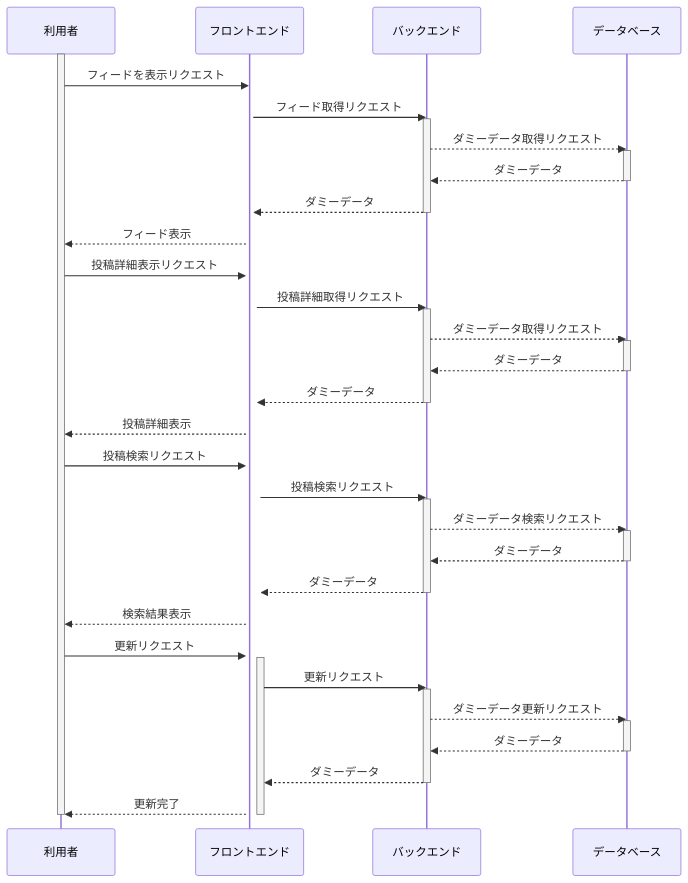
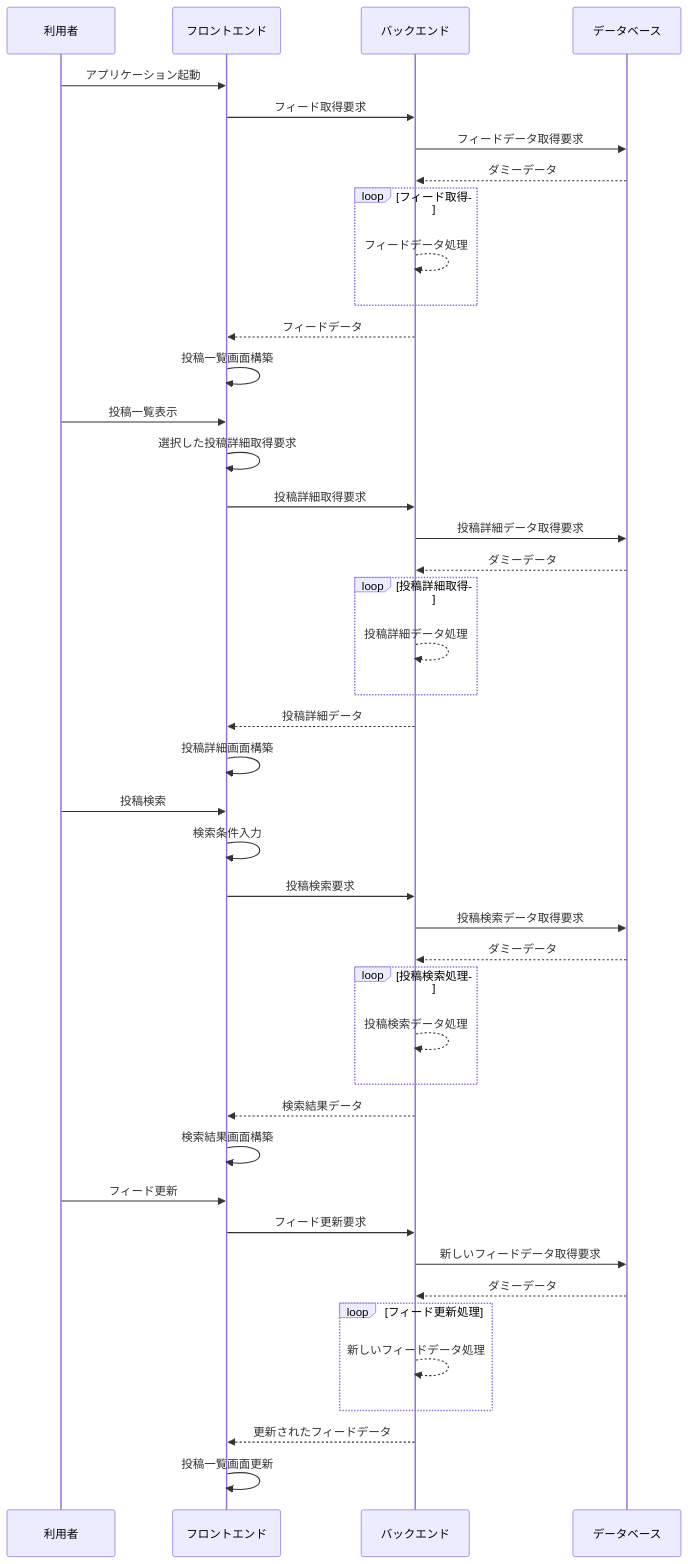
One commit to kurokawa5/kurokawa5 changed the diagram in README.md. Above: the diagram before and after it, drawn with Mermaid.

````diff
--- a/README.md
+++ b/README.md
@@ -10,59 +10,58 @@
 ```mermaid
 sequenceDiagram
     participant User as 利用者
     participant Frontend as フロントエンド
     participant Backend as バックエンド
     participant Database as データベース
 
-    activate User
-    User->>Frontend: フィードを表示リクエスト
-    activate Frontend
-    Frontend->>Backend: フィード取得リクエスト
-    activate Backend
-    Backend-->>Database: ダミーデータ取得リクエスト
-    activate Database
+    User->>Frontend: アプリケーション起動
+    Frontend->>Backend: フィード取得要求
+    Backend->>Database: フィードデータ取得要求
     Database-->>Backend: ダミーデータ
-    deactivate Database
-    Backend-->>Frontend: ダミーデータ
-    deactivate Backend
-    Frontend-->>User: フィード表示
 
-    User->>Frontend: 投稿詳細表示リクエスト
-    activate Frontend
-    Frontend->>Backend: 投稿詳細取得リクエスト
-    activate Backend
-    Backend-->>Database: ダミーデータ取得リクエスト
-    activate Database
+    loop フィード取得
+        Backend-->>Backend: フィードデータ処理
+    end
+
+    Backend-->>Frontend: フィードデータ
+    Frontend->>Frontend: 投稿一覧画面構築
+
+    User->>Frontend: 投稿一覧表示
+    Frontend->>Frontend: 選択した投稿詳細取得要求
+    Frontend->>Backend: 投稿詳細取得要求
+    Backend->>Database: 投稿詳細データ取得要求
     Database-->>Backend: ダミーデータ
-    deactivate Database
-    Backend-->>Frontend: ダミーデータ
-    deactivate Backend
-    Frontend-->>User: 投稿詳細表示
 
-    User->>Frontend: 投稿検索リクエスト
-    activate Frontend
-    Frontend->>Backend: 投稿検索リクエスト
-    activate Backend
-    Backend-->>Database: ダミーデータ検索リクエスト
-    activate Database
+    loop 投稿詳細取得
+        Backend-->>Backend: 投稿詳細データ処理
+    end
+
+    Backend-->>Frontend: 投稿詳細データ
+    Frontend->>Frontend: 投稿詳細画面構築
+
+    User->>Frontend: 投稿検索
+    Frontend->>Frontend: 検索条件入力
+    Frontend->>Backend: 投稿検索要求
+    Backend->>Database: 投稿検索データ取得要求
     Database-->>Backend: ダミーデータ
-    deactivate Database
-    Backend-->>Frontend: ダミーデータ
-    deactivate Backend
-    Frontend-->>User: 検索結果表示
 
-    User->>Frontend: 更新リクエスト
-    activate Frontend
-    Frontend->>Backend: 更新リクエスト
-    activate Backend
-    Backend-->>Database: ダミーデータ更新リクエスト
-    activate Database
+    loop 投稿検索処理
+        Backend-->>Backend: 投稿検索データ処理
+    end
+
+    Backend-->>Frontend: 検索結果データ
+    Frontend->>Frontend: 検索結果画面構築
+
+    User->>Frontend: フィード更新
+    Frontend->>Backend: フィード更新要求
+    Backend->>Database: 新しいフィードデータ取得要求
     Database-->>Backend: ダミーデータ
-    deactivate Database
-    Backend-->>Frontend: ダミーデータ
-    deactivate Backend
-    Frontend-->>User: 更新完了
 
-    deactivate Frontend
-    deactivate User
+    loop フィード更新処理
+        Backend-->>Backend: 新しいフィードデータ処理
+    end
+
+    Backend-->>Frontend: 更新されたフィードデータ
+    Frontend->>Frontend: 投稿一覧画面更新
+
 ```
````
